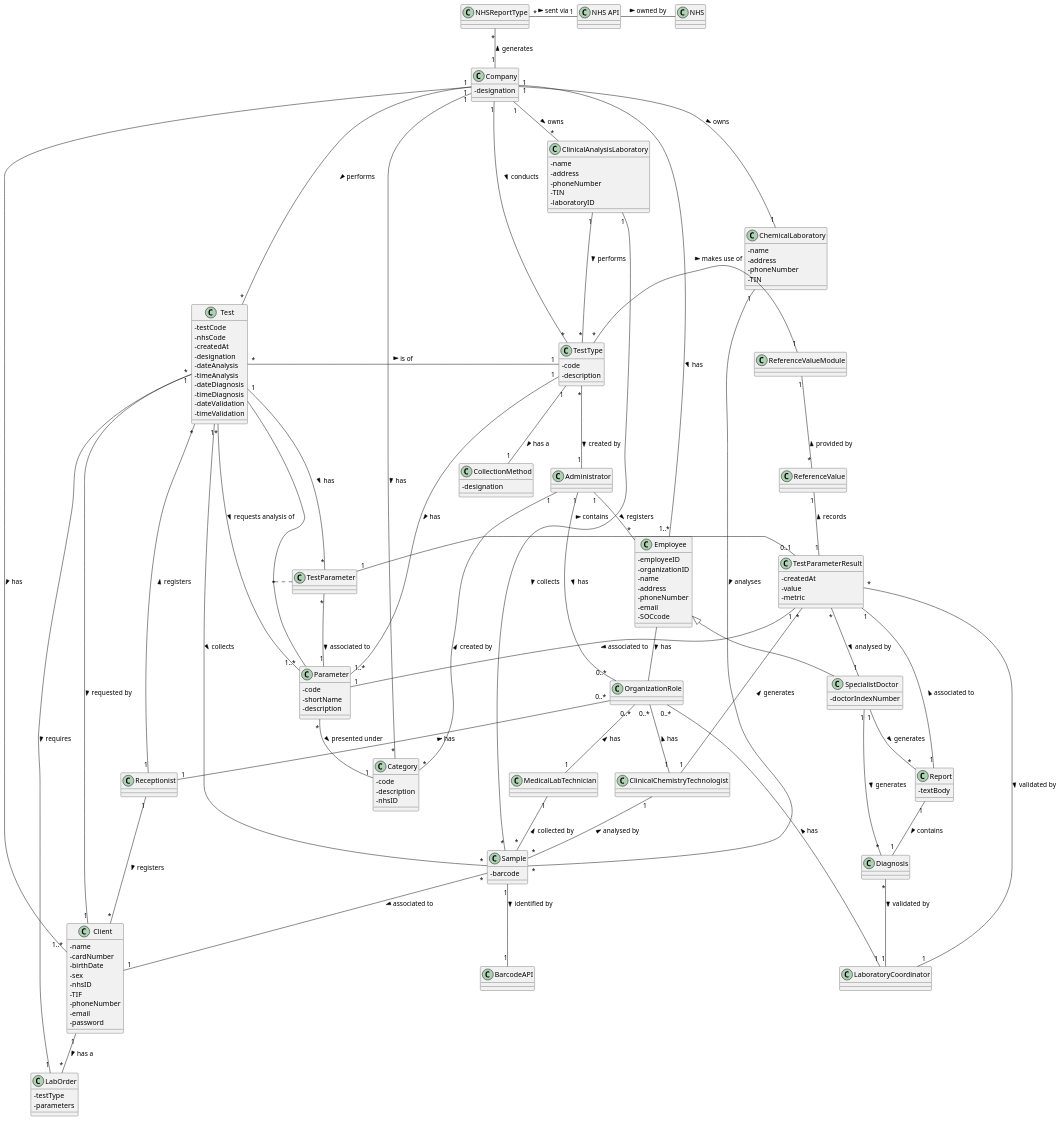
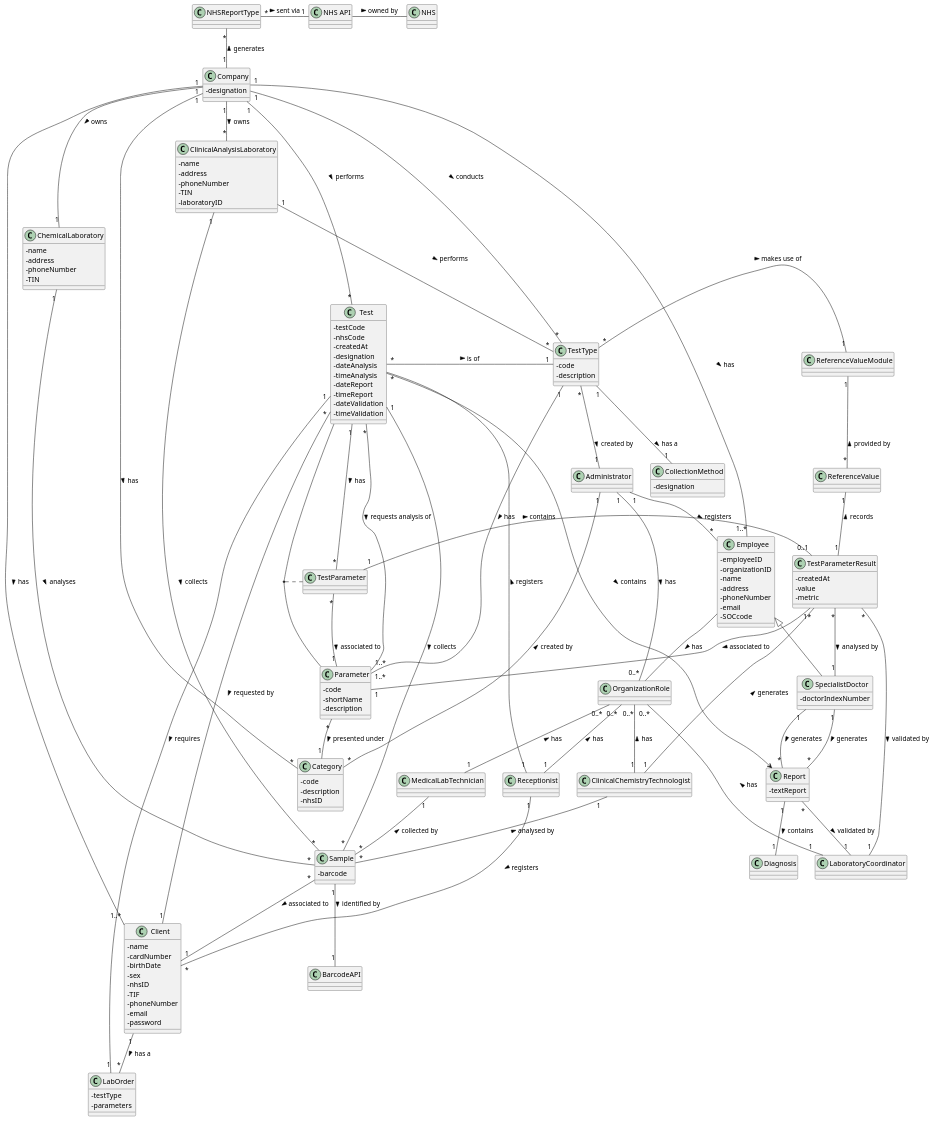
One commit to MadDinosaur/ISEP-LAPR2 changed the diagram in docs/SprintC/DM.puml. Above: the diagram before and after it, drawn with PlantUML. The commit also changed 9 other files, not shown here.

```diff
--- a/docs/SprintC/DM.puml
+++ b/docs/SprintC/DM.puml
@@ -1,153 +1,172 @@
 @startuml
 skinparam classAttributeIconSize 0
 
 class Administrator
+
 class Category {
 -code
 -description
 -nhsID
 }
+
 class ClinicalChemistryTechnologist
+
 class ChemicalLaboratory {
 -name
 -address
 -phoneNumber
 -TIN
 }
+
 class CollectionMethod {
 -designation
 }
+
 class Client {
 -name
 -cardNumber
 -birthDate
 -sex
 -nhsID
 -TIF
 -phoneNumber
 -email
 -password
 }
+
 class ClinicalAnalysisLaboratory {
 -name
 -address
 -phoneNumber
 -TIN
 -laboratoryID
 }
+
 class Company {
 -designation
 }
-class Diagnosis
+
 class Employee {
 -employeeID
 -organizationID
 -name
 -address
 -phoneNumber
 -email
 -SOCcode
 }
+
 class LabOrder {
 -testType
 -parameters
 }
+
 class LaboratoryCoordinator
 class MedicalLabTechnician
 class NHS
 class OrganizationRole
 class Parameter {
 -code
 -shortName
 -description
 }
+
 class Receptionist
+
 class ReferenceValueModule
+
 class Report {
--textBody
+-textReport
 }
+
 class Sample {
 -barcode
 }
+
 class SpecialistDoctor {
 -doctorIndexNumber
 }
+
 class Test {
 -testCode
 -nhsCode
 -createdAt
 -designation
 -dateAnalysis
 -timeAnalysis
--dateDiagnosis
--timeDiagnosis
+-dateReport
+-timeReport
 -dateValidation
 -timeValidation
 }
+
 class TestType {
 -code
 -description
 }
+
 class TestParameterResult {
 -createdAt
 -value
 -metric
 }
+
+class Diagnosis
 
 
 
 "NHS API" "1"-left-"*" NHSReportType : sent via <
 (Test, Parameter) .. TestParameter
 Administrator "1"--"*" Category : created by <
 Administrator "1"--"*" Employee : registers >
 ChemicalLaboratory "1"--"*" Sample : analyses >
 Client "1"--"*" LabOrder : has a >
 ClinicalAnalysisLaboratory "1"--"*" Sample : collects >
 ClinicalAnalysisLaboratory "1"--"*" TestType : performs >
 ClinicalChemistryTechnologist "1"--"*" Sample : analysed by <
 Company "1"--"1..*" Client : has >
 Company "1"--"1..*" Employee : has >
 Company "1"-down-"*" Category : has >
 Company "1"-down-"*" ClinicalAnalysisLaboratory : owns >
 Company "1"-down-"*" TestType : conducts >
 Company "1"-down-"1" ChemicalLaboratory : owns >
-Diagnosis "*"--"1" LaboratoryCoordinator : validated by >
-Diagnosis "*"--"1" SpecialistDoctor : generates <
+Report "*"--"1" LaboratoryCoordinator : validated by >
+Report "*"--"1" SpecialistDoctor : generates <
 Employee -- OrganizationRole : has >
 Employee <|-- SpecialistDoctor
 MedicalLabTechnician "1"--"*" Sample : collected by <
 "NHS API" -right- NHS : owned by >
 NHSReportType "*"--"1" Company : generates <
 OrganizationRole "0..*"--"1" Administrator : has <
 OrganizationRole "0..*"--"1" ClinicalChemistryTechnologist : has <
 OrganizationRole "0..*"--"1" LaboratoryCoordinator : has <
 OrganizationRole "0..*"--"1" MedicalLabTechnician : has <
 OrganizationRole "0..*"--"1" Receptionist : has <
 Parameter "*"--"1" Category : presented under >
 Receptionist "1"--"*" Client : registers >
 Receptionist "1"--"*" Test : registers >
 ReferenceValue "*"-up-"1" ReferenceValueModule : provided by >
-Report "1"--"1" Diagnosis : contains >
-Report "1"--"1" TestParameterResult : associated to >
+Test -> Report: contains >
 Sample "*"--"1" Client : associated to >
 Sample "1"--"1" BarcodeAPI : identified by >
 SpecialistDoctor "1"--"*" Report : generates >
 Test "*"--"1" Client : requested by >
 Test "*"--"1..*" Parameter : requests analysis of >
 Test "*"-right-"1" "TestType" : is of >
 Test "*"-up-"1" Company : performs <
 Test "1"--"*" Sample : collects >
 Test "1"--"1" LabOrder : requires >
 TestParameter "*"--"1" Parameter : associated to >
 TestParameter "*"--"1" Test : has <
 TestParameter "1"-right- "0..1" TestParameterResult : contains >
 TestParameterResult "*"-right-"1" ClinicalChemistryTechnologist : generates <
 TestParameterResult "1"--"1" Parameter : associated to >
 TestParameterResult "1"-up-"1" ReferenceValue : records >
 TestParameterResult "*"--"1" LaboratoryCoordinator : validated by >
 TestParameterResult "*"--"1" SpecialistDoctor : analysed by >
 TestType "*"--"1" Administrator : created by >
 TestType "*"-right-"1" ReferenceValueModule : makes use of >
 TestType "1"--"1" CollectionMethod : has a  >
 TestType "1"--"1..*" Parameter : has >
+Report "1"--"1" Diagnosis: contains >
 @enduml
```
